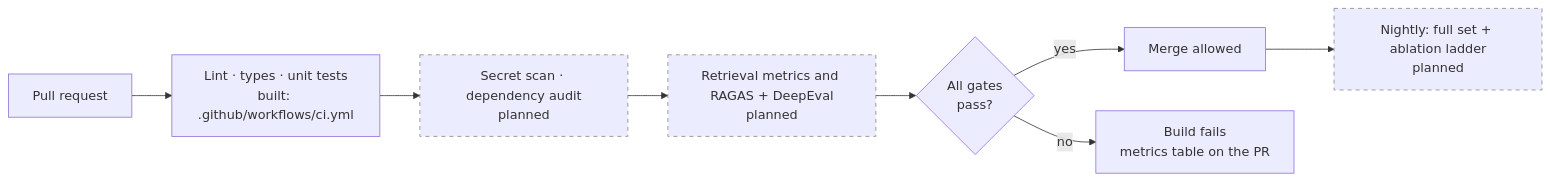
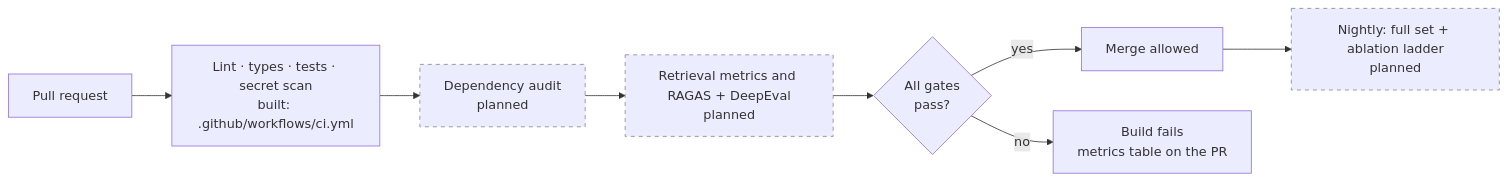
One commit to Tevaalgorithms/cite-desk changed the second of 4 diagrams in README.md. Above: the diagram before and after it, drawn with Mermaid. The commit also changed other lines of this file and 88 other files, not shown here.

````diff
--- a/README.md
+++ b/README.md
@@ -196,11 +276,11 @@
 ```mermaid
 graph LR
-    PR["Pull request"] --> S1["Lint · types · unit tests<br/>built: .github/workflows/ci.yml"]
-    S1 --> S2["Secret scan · dependency audit<br/>planned"]:::planned
+    PR["Pull request"] --> S1["Lint · types · tests · secret scan<br/>built: .github/workflows/ci.yml"]
+    S1 --> S2["Dependency audit<br/>planned"]:::planned
     S2 --> S3["Retrieval metrics and RAGAS + DeepEval<br/>planned"]:::planned
     S3 --> G{"All gates<br/>pass?"}
     G -- yes --> M["Merge allowed"]
     G -- no --> F["Build fails<br/>metrics table on the PR"]
     M --> N["Nightly: full set + ablation ladder<br/>planned"]:::planned
     classDef planned stroke-dasharray: 5 5,stroke:#888
 ```
````
